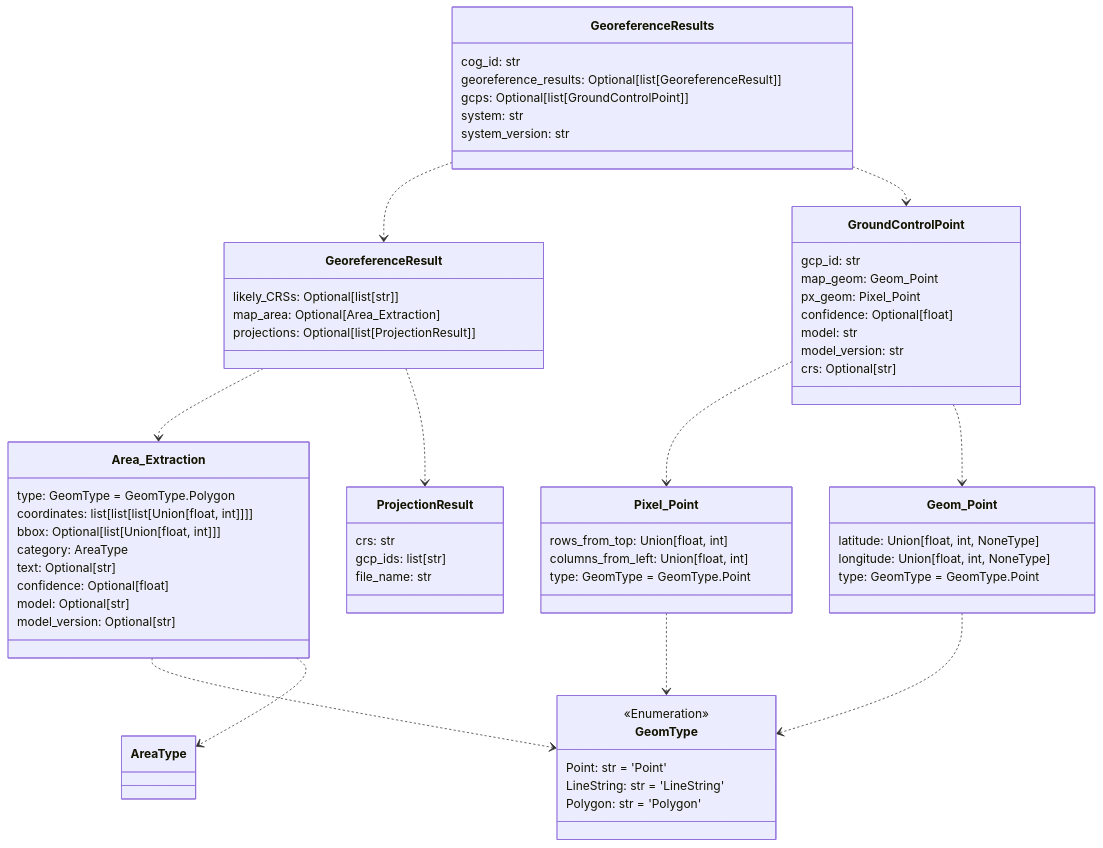
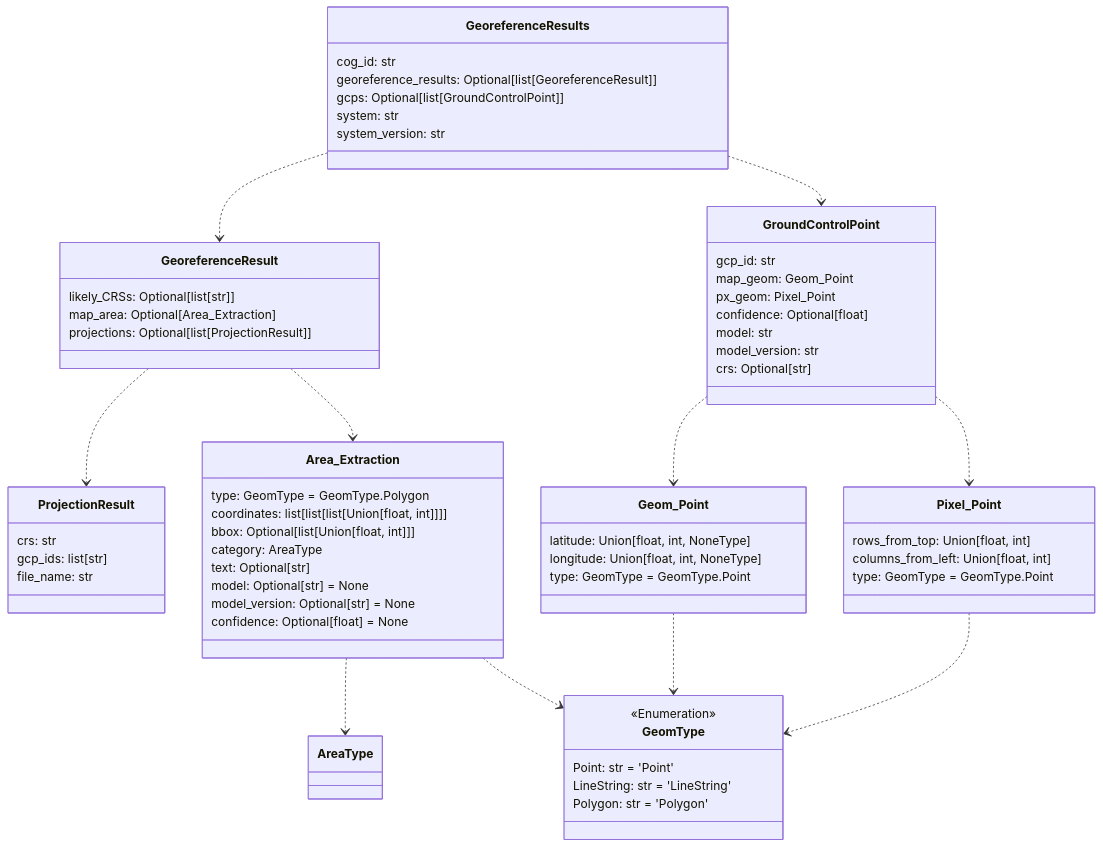
The second of 12 diagrams in README.md (DARPA-CRITICALMAAS/cdr_schemas), drawn with Mermaid before and after one commit. The commit also changed other lines of this file and 5 other files, not shown here.

Commit message:
Added model provence and formatted line and point features

````diff
--- a/README.md
+++ b/README.md
@@ -113,76 +113,76 @@
 ```mermaid
 classDiagram
+
+    class ProjectionResult {
+        crs: str
+        gcp_ids: list[str]
+        file_name: str
+    }
+
+    class GeoreferenceResults {
+        cog_id: str
+        georeference_results: Optional[list[GeoreferenceResult]]
+        gcps: Optional[list[GroundControlPoint]]
+        system: str
+        system_version: str
+    }
 
     class Pixel_Point {
         rows_from_top: Union[float, int]
         columns_from_left: Union[float, int]
         type: GeomType = GeomType.Point
+    }
+
+    class GeoreferenceResult {
+        likely_CRSs: Optional[list[str]]
+        map_area: Optional[Area_Extraction]
+        projections: Optional[list[ProjectionResult]]
     }
 
     class Geom_Point {
         latitude: Union[float, int, NoneType]
         longitude: Union[float, int, NoneType]
         type: GeomType = GeomType.Point
     }
 
     class GroundControlPoint {
         gcp_id: str
         map_geom: Geom_Point
         px_geom: Pixel_Point
         confidence: Optional[float]
         model: str
         model_version: str
         crs: Optional[str]
     }
 
     class GeomType {
         <<Enumeration>>
         Point: str = 'Point'
         LineString: str = 'LineString'
         Polygon: str = 'Polygon'
     }
 
-    class ProjectionResult {
-        crs: str
-        gcp_ids: list[str]
-        file_name: str
-    }
-
-    class GeoreferenceResult {
-        likely_CRSs: Optional[list[str]]
-        map_area: Optional[Area_Extraction]
-        projections: Optional[list[ProjectionResult]]
-    }
-
-    class GeoreferenceResults {
-        cog_id: str
-        georeference_results: Optional[list[GeoreferenceResult]]
-        gcps: Optional[list[GroundControlPoint]]
-        system: str
-        system_version: str
-    }
-
     class Area_Extraction {
         type: GeomType = GeomType.Polygon
         coordinates: list[list[list[Union[float, int]]]]
         bbox: Optional[list[Union[float, int]]]
         category: AreaType
         text: Optional[str]
-        confidence: Optional[float]
-        model: Optional[str]
-        model_version: Optional[str]
+        model: Optional[str] = None
+        model_version: Optional[str] = None
+        confidence: Optional[float] = None
     }
 
+    Area_Extraction ..> AreaType
     Area_Extraction ..> GeomType
-    Area_Extraction ..> AreaType
     Geom_Point ..> GeomType
     Pixel_Point ..> GeomType
     GroundControlPoint ..> Pixel_Point
     GroundControlPoint ..> Geom_Point
+    GeoreferenceResult ..> ProjectionResult
     GeoreferenceResult ..> Area_Extraction
-    GeoreferenceResult ..> ProjectionResult
+    GeoreferenceResults ..> GroundControlPoint
     GeoreferenceResults ..> GeoreferenceResult
-    GeoreferenceResults ..> GroundControlPoint
 
 
 ```
````
